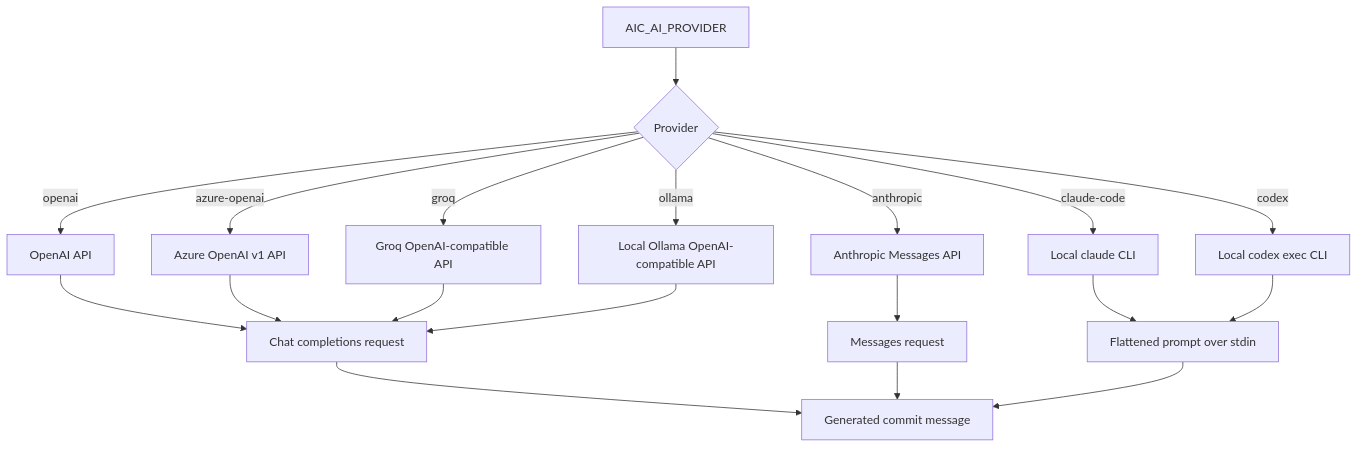
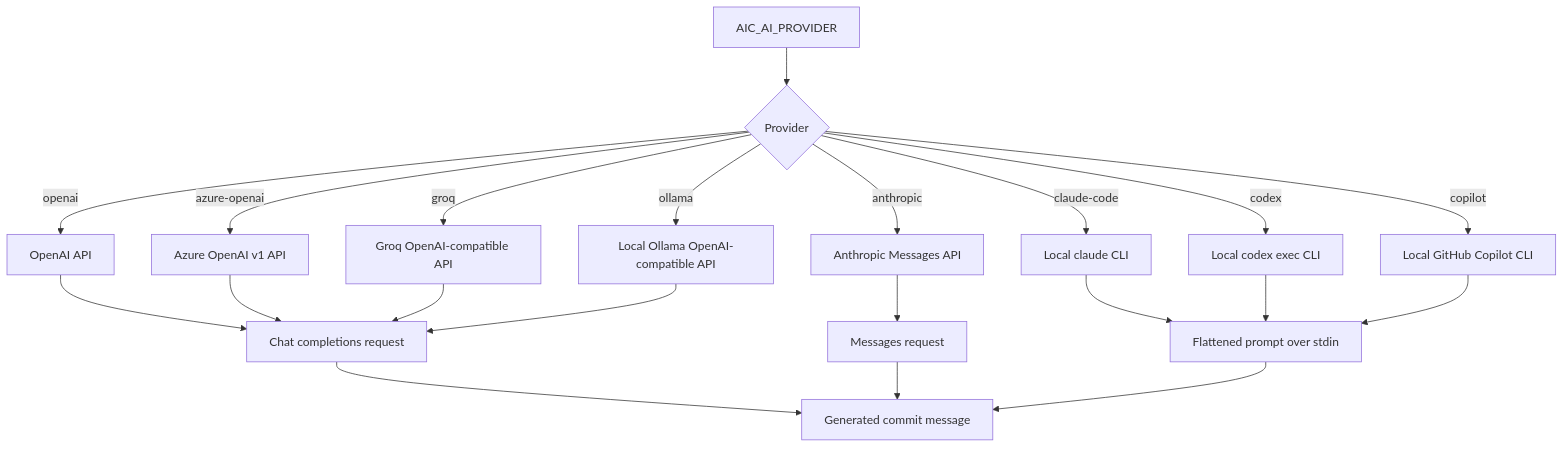
The diagram in docs/providers.md (russmckendrick/aicommit), drawn with Mermaid before and after one commit. The commit also changed other lines of this file and 23 other files, not shown here.

First line of the commit message:
✨ feat(cli): support copilot and metadata-only commit drafting

````diff
--- a/docs/providers.md
+++ b/docs/providers.md
@@ -21,21 +22,23 @@
 ```mermaid
 flowchart TD
     Config["AIC_AI_PROVIDER"] --> Provider{"Provider"}
     Provider -->|openai| OpenAI["OpenAI API"]
     Provider -->|azure-openai| Azure["Azure OpenAI v1 API"]
     Provider -->|anthropic| Anthropic["Anthropic Messages API"]
     Provider -->|groq| Groq["Groq OpenAI-compatible API"]
     Provider -->|ollama| Ollama["Local Ollama OpenAI-compatible API"]
     Provider -->|claude-code| Claude["Local claude CLI"]
     Provider -->|codex| Codex["Local codex exec CLI"]
+    Provider -->|copilot| Copilot["Local GitHub Copilot CLI"]
     OpenAI --> Chat["Chat completions request"]
     Azure --> Chat
     Groq --> Chat
     Ollama --> Chat
     Anthropic --> Messages["Messages request"]
     Claude --> Prompt["Flattened prompt over stdin"]
     Codex --> Prompt
+    Copilot --> Prompt
     Chat --> Result["Generated commit message"]
     Messages --> Result
     Prompt --> Result
 ```
````
